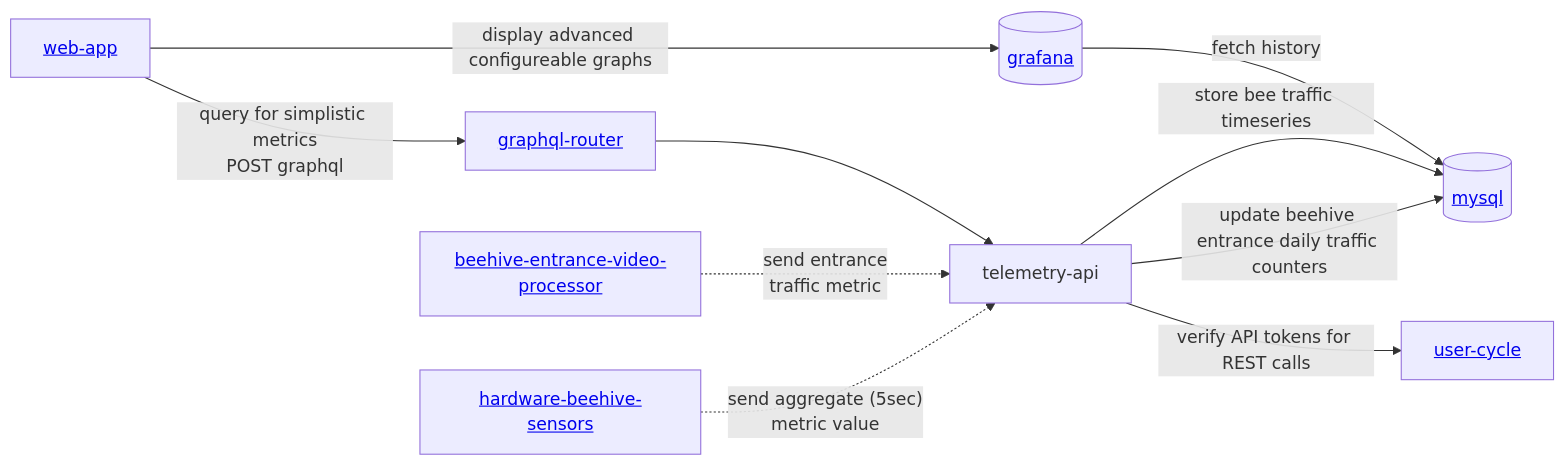
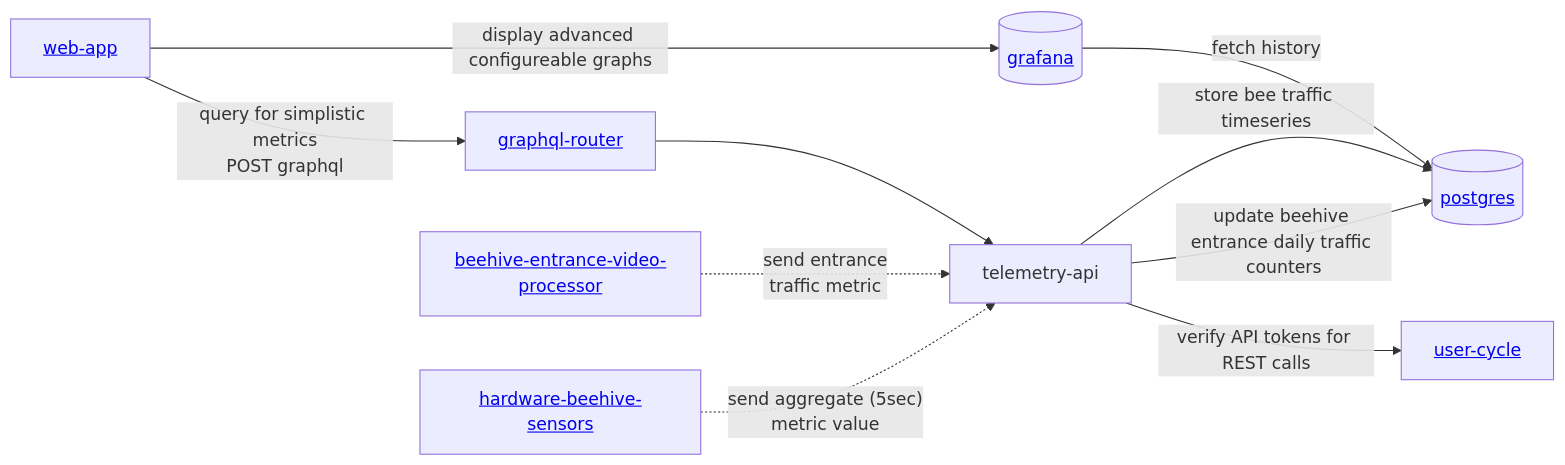
The diagram in README.md (Gratheon/telemetry-api), drawn with Mermaid before and after one commit. The commit also changed other lines of this file and 17 other files, not shown here.

Commit message:
migrate telemetry-api from mysql to postgres

````diff
--- a/README.md
+++ b/README.md
@@ -185,14 +185,14 @@
 ```mermaid
 flowchart LR
 	hardware-beehive-sensors[<a href="https://github.com/Gratheon/hardware-beehive-sensors">hardware-beehive-sensors</a>] -."send aggregate (5sec)\n metric value".-> telemetry-api
 
-	telemetry-api --"update beehive entrance daily traffic counters"--> mysql[(<a href="https://github.com/Gratheon/mysql">mysql</a>)]
+	telemetry-api --"update beehive entrance daily traffic counters"--> postgres[(<a href="https://github.com/Gratheon/postgres">postgres</a>)]
 	beehive-entrance-video-processor[<a href="https://github.com/Gratheon/beehive-entrance-video-processor">beehive-entrance-video-processor</a>] -."send entrance\n traffic metric".-> telemetry-api
-	telemetry-api --"store bee traffic timeseries" --> mysql
-	grafana[(<a href="https://github.com/Gratheon/grafana">grafana</a>)] --"fetch history"--> mysql
+	telemetry-api --"store bee traffic timeseries" --> postgres
+	grafana[(<a href="https://github.com/Gratheon/grafana">grafana</a>)] --"fetch history"--> postgres
 
 	telemetry-api --"verify API tokens for REST calls"--> user-cycle[<a href="https://github.com/Gratheon/user-cycle">user-cycle</a>]
 	web-app[<a href="https://github.com/Gratheon/web-app">web-app</a>] --"display advanced configureable graphs"--> grafana
 	web-app --"query for simplistic metrics\nPOST graphql"-->graphql-router[<a href="https://github.com/Gratheon/graphql-router">graphql-router</a>]--> telemetry-api
 
 ```
````
